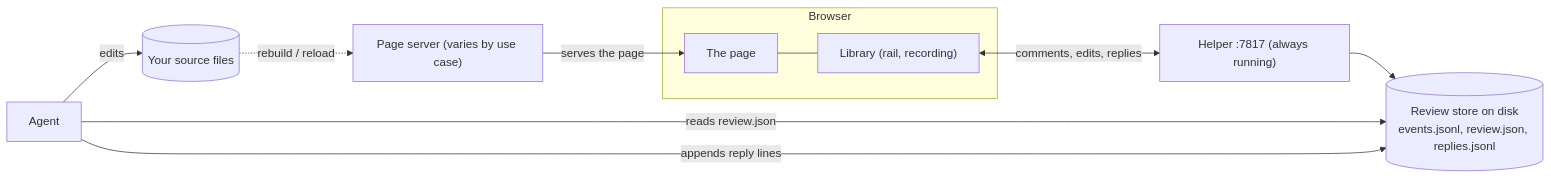
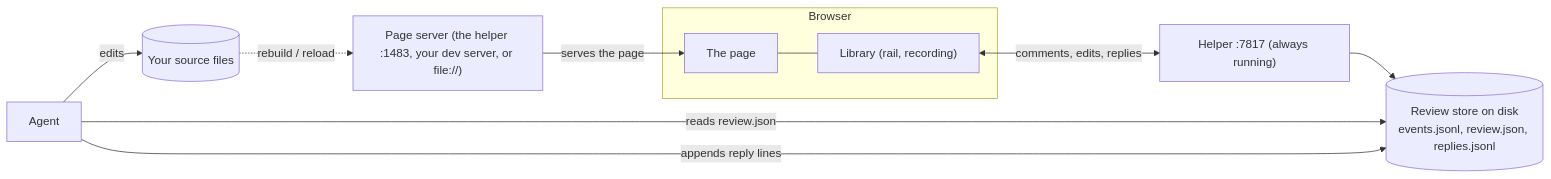
One commit to kenxle/live-agentic-html-editor changed the first of 6 diagrams in docs/ongoing/SERVING_ARCHITECTURES.md. Above: the diagram before and after it, drawn with Mermaid. The commit also changed other lines of this file and 16 other files, not shown here.

First line of the commit message:
Stable addresses Step 3: the skill, contract, CLI doc, serving docs and diagrams describe stable addresses

````diff
--- a/docs/ongoing/SERVING_ARCHITECTURES.md
+++ b/docs/ongoing/SERVING_ARCHITECTURES.md
@@ -37,15 +39,15 @@
 ```mermaid
 flowchart LR
     subgraph Browser
         P["The page"]
         L["Library (rail, recording)"]
         P --- L
     end
-    PS["Page server (varies by use case)"] -->|serves the page| P
+        PS["Page server (the helper :1483, your dev server, or file://)"] -->|serves the page| P
     L <-->|"comments, edits, replies"| H["Helper :7817 (always running)"]
     H --> S[("Review store on disk<br/>events.jsonl, review.json, replies.jsonl")]
     A["Agent"] -->|reads review.json| S
     A -->|appends reply lines| S
     A -->|edits| SRC[("Your source files")]
     SRC -.->|rebuild / reload| PS
 ```
````
